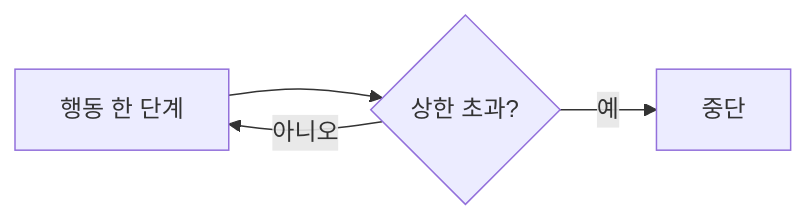
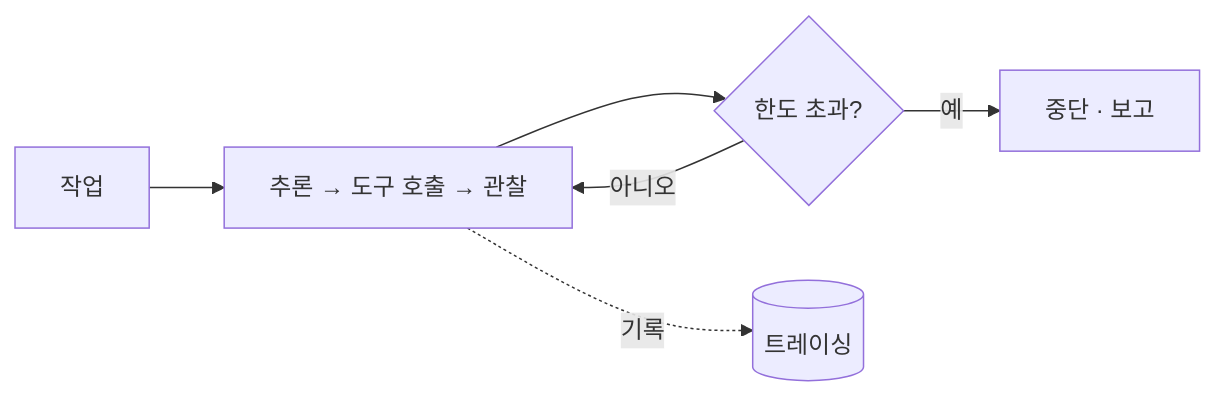
One commit to CodeCompose7/awesome-ai-stack changed the third of 10 diagrams in src/content/concepts/ko/harness-engineering.mdx. Above: the diagram before and after it, drawn with Mermaid. The commit also changed other lines of this file and 1 other file, not shown here.

First line of the commit message:
content(concepts): give every role a worked example like evaluation

````diff
--- a/src/content/concepts/ko/harness-engineering.mdx
+++ b/src/content/concepts/ko/harness-engineering.mdx
@@ -88,6 +96,9 @@
 ```mermaid
 flowchart LR
-  step["행동 한 단계"] --> check{"상한 초과?"}
-  check -- 아니오 --> step
-  check -- 예 --> stop["중단"]
+  task["작업"] --> step["추론 → 도구 호출 → 관찰"]
+  step --> gate{"한도 초과?"}
+  gate -- 아니오 --> step
+  gate -- 예 --> stop["중단 · 보고"]
+  step -.기록.-> trace[("트레이싱")]
+  class trace roleTrace
 ```
````
